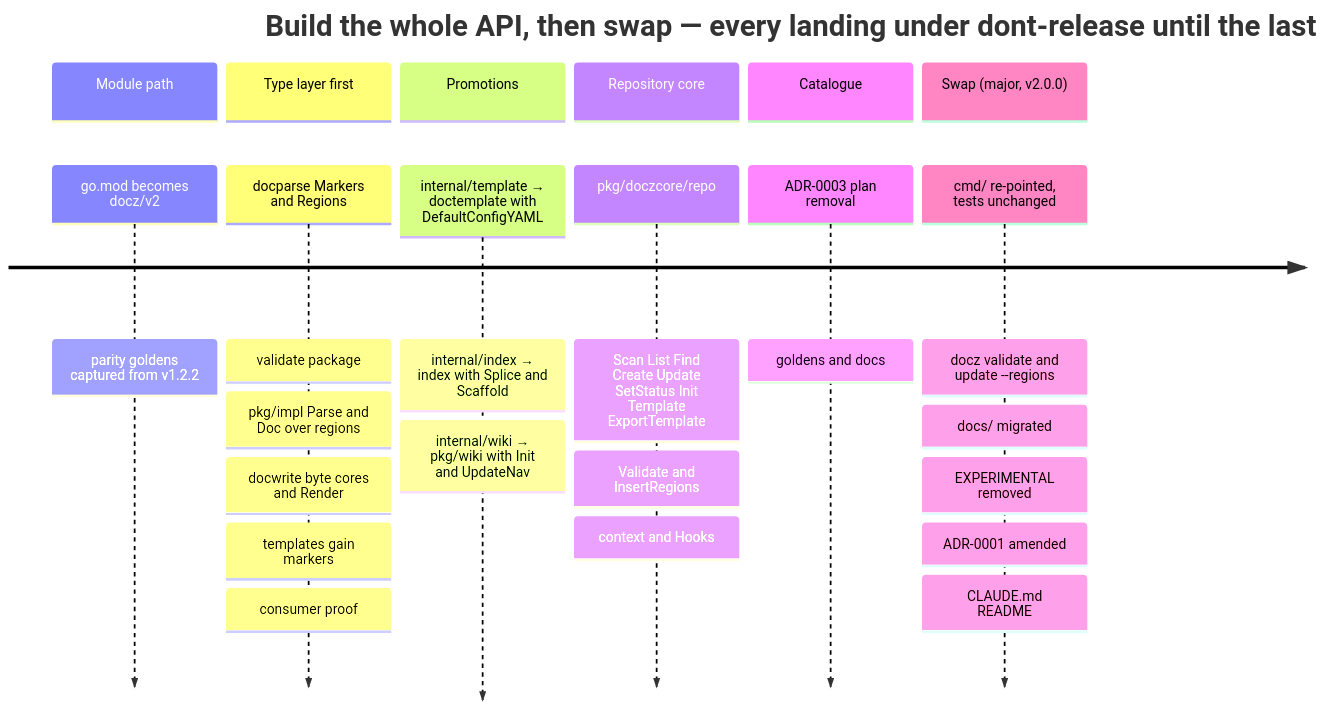
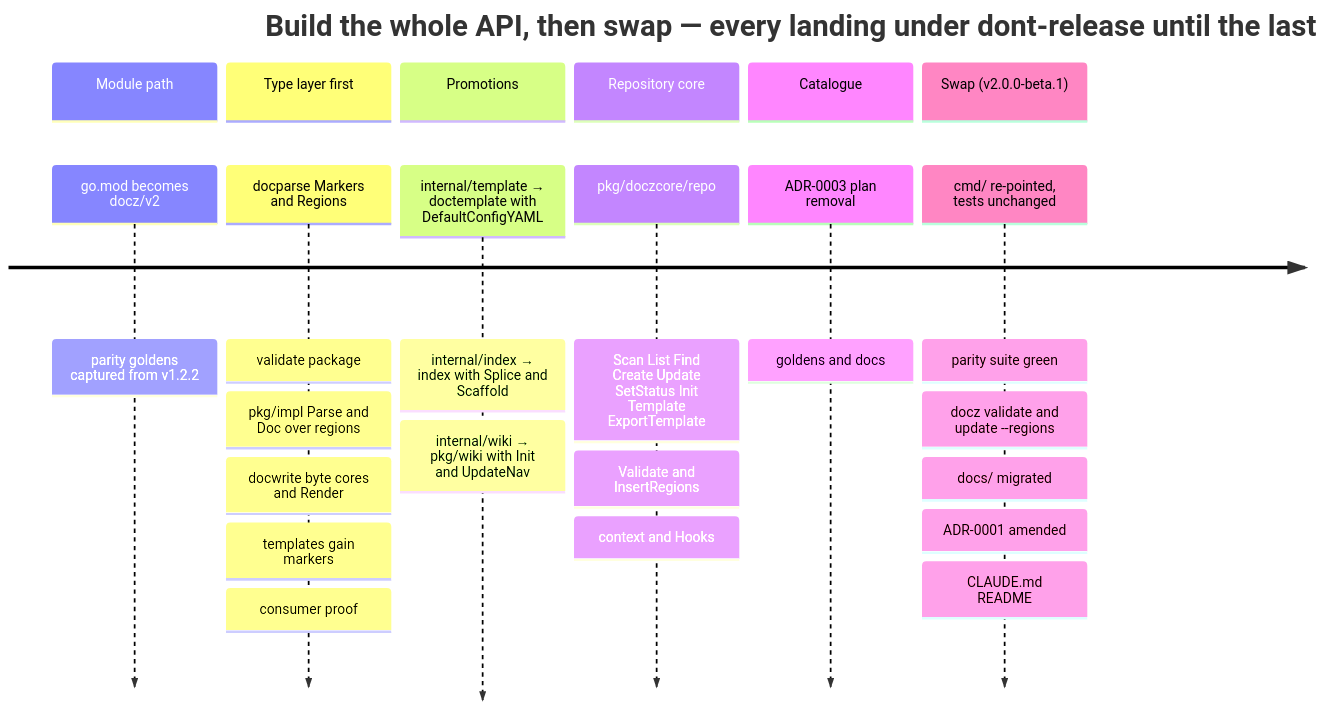
One commit to donaldgifford/docz changed diagram 14 of 15 in docs/design/0014-the-docz-api-as-one-unit-packages-types-functions-and-the-cmd.md. Above: the diagram before and after it, drawn with Mermaid. The commit also changed other lines of this file and 2 other files, not shown here.

````diff
--- a/docs/design/0014-the-docz-api-as-one-unit-packages-types-functions-and-the-cmd.md
+++ b/docs/design/0014-the-docz-api-as-one-unit-packages-types-functions-and-the-cmd.md
@@ -1357,16 +1359,16 @@
 ```mermaid
 timeline
   title Build the whole API, then swap — every landing under dont-release until the last
   section Module path
     go.mod becomes docz/v2 : parity goldens captured from v1.2.2
   section Type layer first
     docparse Markers and Regions : validate package : pkg/impl Parse and Doc over regions : docwrite byte cores and Render : templates gain markers : consumer proof
   section Promotions
     internal/template → doctemplate with DefaultConfigYAML : internal/index → index with Splice and Scaffold : internal/wiki → pkg/wiki with Init and UpdateNav
   section Repository core
     pkg/doczcore/repo : Scan List Find Create Update SetStatus Init Template ExportTemplate : Validate and InsertRegions : context and Hooks
   section Catalogue
     ADR-0003 plan removal : goldens and docs
-  section Swap (major, v2.0.0)
-    cmd/ re-pointed, tests unchanged : docz validate and update --regions : docs/ migrated : EXPERIMENTAL removed : ADR-0001 amended : CLAUDE.md README
+  section Swap (v2.0.0-beta.1)
+    cmd/ re-pointed, tests unchanged : parity suite green : docz validate and update --regions : docs/ migrated : ADR-0001 amended : CLAUDE.md README
 ```
````
